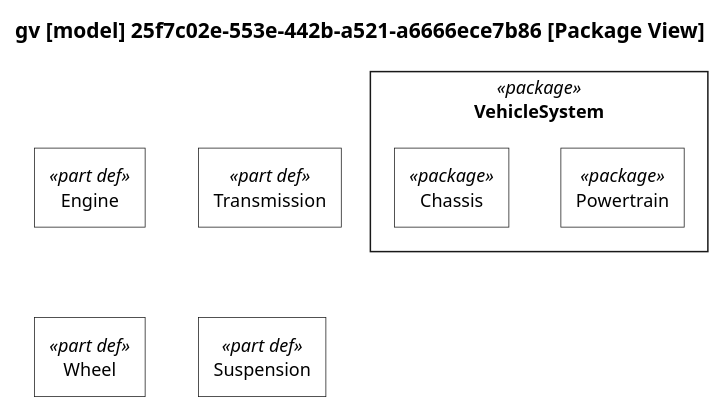
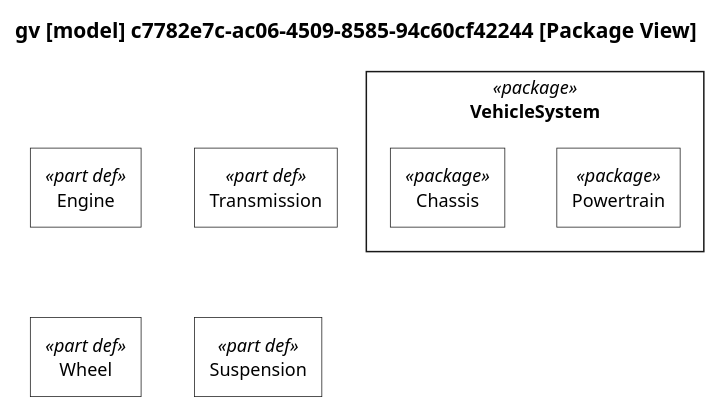
One commit to mycr0ft/sysml2py changed the diagram in docs/plantuml-examples/08-package-view.puml. Above: the diagram before and after it, drawn with PlantUML. The commit also changed 27 other files, not shown here.

```diff
--- a/docs/plantuml-examples/08-package-view.puml
+++ b/docs/plantuml-examples/08-package-view.puml
@@ -1,85 +1,85 @@
 @startuml
 
 skinparam monochrome true
 skinparam wrapWidth 300
 skinparam defaultFontSize 12
 skinparam defaultFontName Helvetica
 
 skinparam rectangle<<package>> {
     RoundCorner 0
     BackgroundColor white
 }
 skinparam rectangle<<part def>> {
     RoundCorner 0
     BackgroundColor white
 }
 skinparam rectangle<<part>> {
     RoundCorner 15
     BackgroundColor white
 }
 skinparam rectangle<<item def>> {
     RoundCorner 0
     BackgroundColor white
 }
 skinparam rectangle<<item>> {
     RoundCorner 15
     BackgroundColor white
 }
 skinparam rectangle<<action def>> {
     RoundCorner 0
     BackgroundColor white
 }
 skinparam rectangle<<action>> {
     RoundCorner 15
     BackgroundColor white
 }
 skinparam rectangle<<attribute def>> {
     RoundCorner 0
     BackgroundColor white
 }
 skinparam rectangle<<attribute>> {
     RoundCorner 15
     BackgroundColor white
 }
 skinparam rectangle<<requirement def>> {
     RoundCorner 0
     BackgroundColor white
 }
 skinparam rectangle<<requirement>> {
     RoundCorner 15
     BackgroundColor white
 }
 skinparam rectangle<<view def>> {
     RoundCorner 0
     BackgroundColor white
 }
 skinparam rectangle<<view>> {
     RoundCorner 15
     BackgroundColor white
 }
 skinparam folder<<view def>> {
     RoundCorner 0
     BackgroundColor white
 }
 skinparam folder<<view>> {
     RoundCorner 15
     BackgroundColor white
 }
 
 top to bottom direction
 
-title gv [model] 25f7c02e-553e-442b-a521-a6666ece7b86 [Package View]
+title gv [model] c7782e7c-ac06-4509-8585-94c60cf42244 [Package View]
 
 hide circle
 
 rectangle "VehicleSystem" as E5 <<package>> {
 rectangle "Powertrain" as E6 <<package>>
 rectangle "Chassis" as E7 <<package>>
 }
 rectangle "Engine" as E1 <<part def>>
 rectangle "Transmission" as E2 <<part def>>
 rectangle "Wheel" as E3 <<part def>>
 rectangle "Suspension" as E4 <<part def>>
 
 
 @enduml
```
